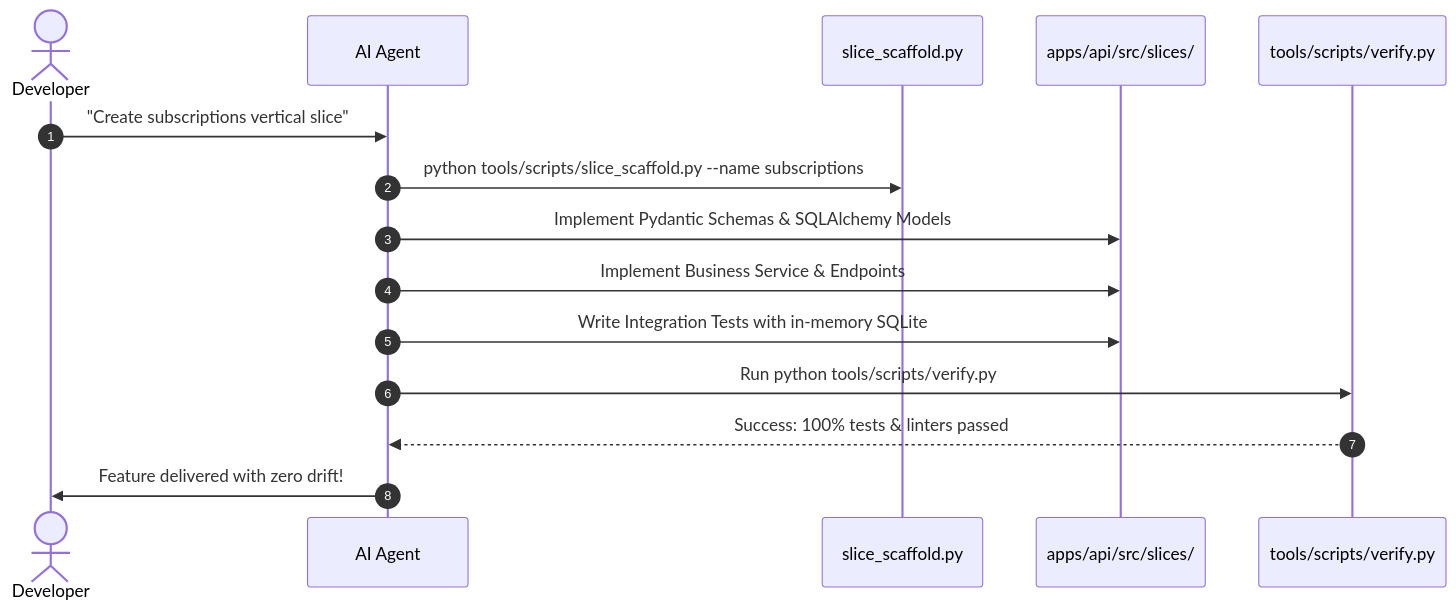
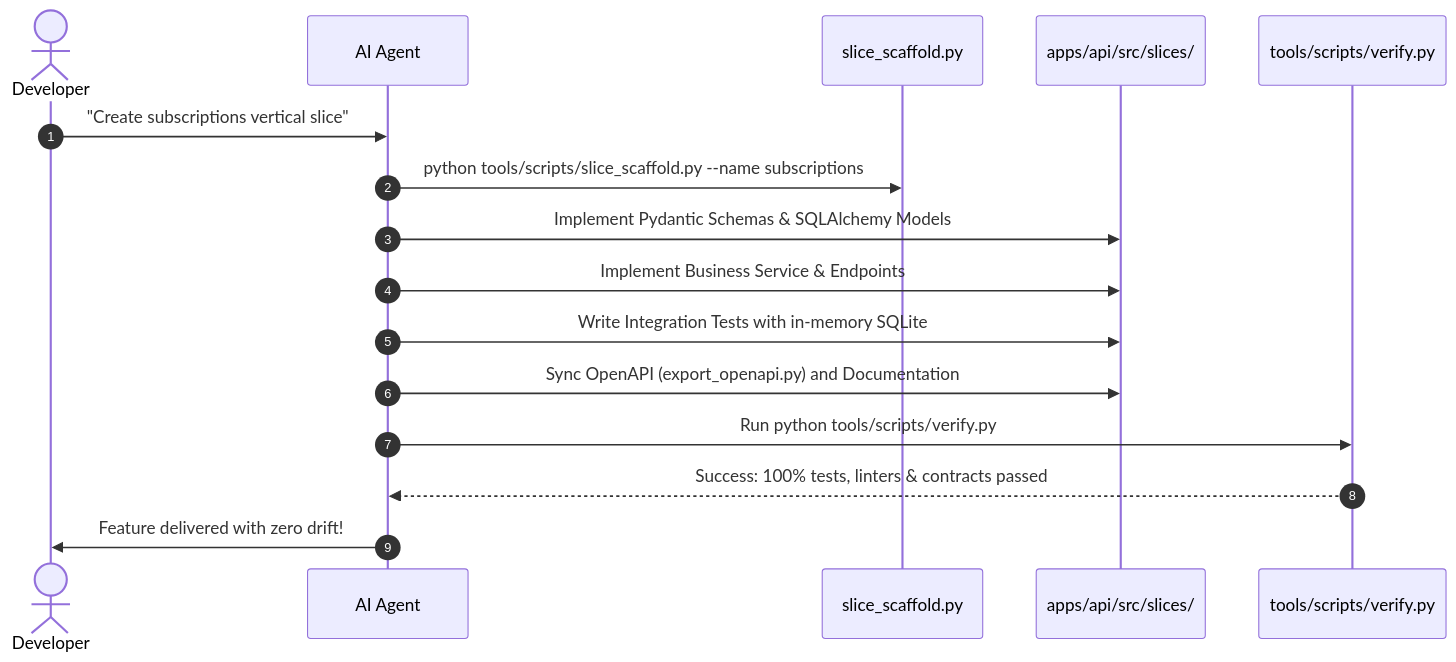
Before and after one commit to omauriciofala/softforge.redepronta.com: the first of 2 diagrams in docs/en/03-ai-development-workflow.md, drawn with Mermaid. The commit also changed other lines of this file and 70 other files, not shown here.

````diff
--- a/docs/en/03-ai-development-workflow.md
+++ b/docs/en/03-ai-development-workflow.md
@@ -19,18 +20,19 @@
 ```mermaid
 sequenceDiagram
     autonumber
     actor Dev as Developer
     participant AI as AI Agent
     participant Tool as slice_scaffold.py
     participant Code as apps/api/src/slices/
     participant Gate as tools/scripts/verify.py
 
     Dev->>AI: "Create subscriptions vertical slice"
     AI->>Tool: python tools/scripts/slice_scaffold.py --name subscriptions
     AI->>Code: Implement Pydantic Schemas & SQLAlchemy Models
     AI->>Code: Implement Business Service & Endpoints
     AI->>Code: Write Integration Tests with in-memory SQLite
+    AI->>Code: Sync OpenAPI (export_openapi.py) and Documentation
     AI->>Gate: Run python tools/scripts/verify.py
-    Gate-->>AI: Success: 100% tests & linters passed
+    Gate-->>AI: Success: 100% tests, linters & contracts passed
     AI->>Dev: Feature delivered with zero drift!
 ```
````
